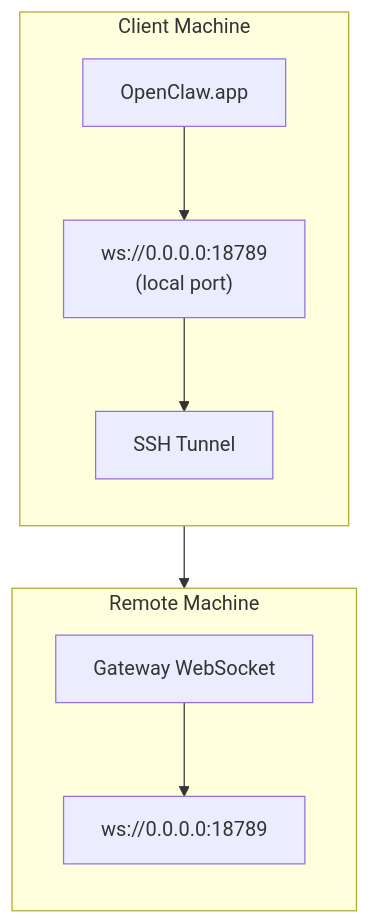
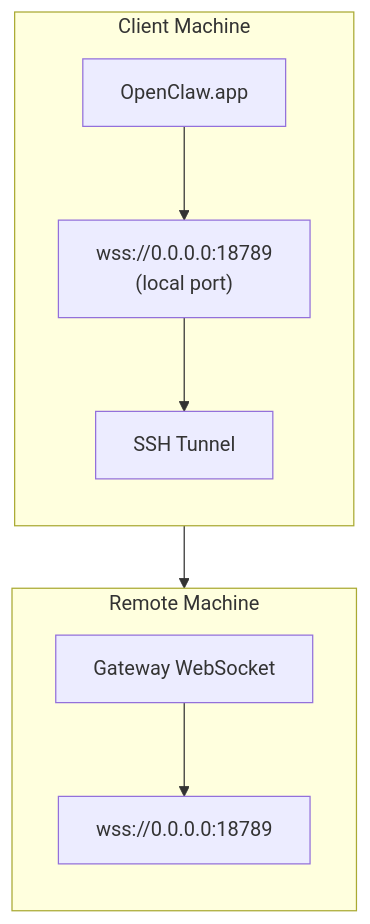
One commit to sewellstephens/openclaw changed the diagram in docs/gateway/remote-gateway-readme.md. Above: the diagram before and after it, drawn with Mermaid. The commit also changed other lines of this file and 105 other files, not shown here.

````diff
--- a/docs/gateway/remote-gateway-readme.md
+++ b/docs/gateway/remote-gateway-readme.md
@@ -13,20 +13,20 @@
 ```mermaid
 flowchart TB
     subgraph Client["Client Machine"]
         direction TB
         A["OpenClaw.app"]
-        B["ws://0.0.0.0:18789\n(local port)"]
+        B["wss://0.0.0.0:18789\n(local port)"]
         T["SSH Tunnel"]
 
         A --> B
         B --> T
     end
     subgraph Remote["Remote Machine"]
         direction TB
         C["Gateway WebSocket"]
-        D["ws://0.0.0.0:18789"]
+        D["wss://0.0.0.0:18789"]
 
         C --> D
     end
     T --> C
 ```
````
